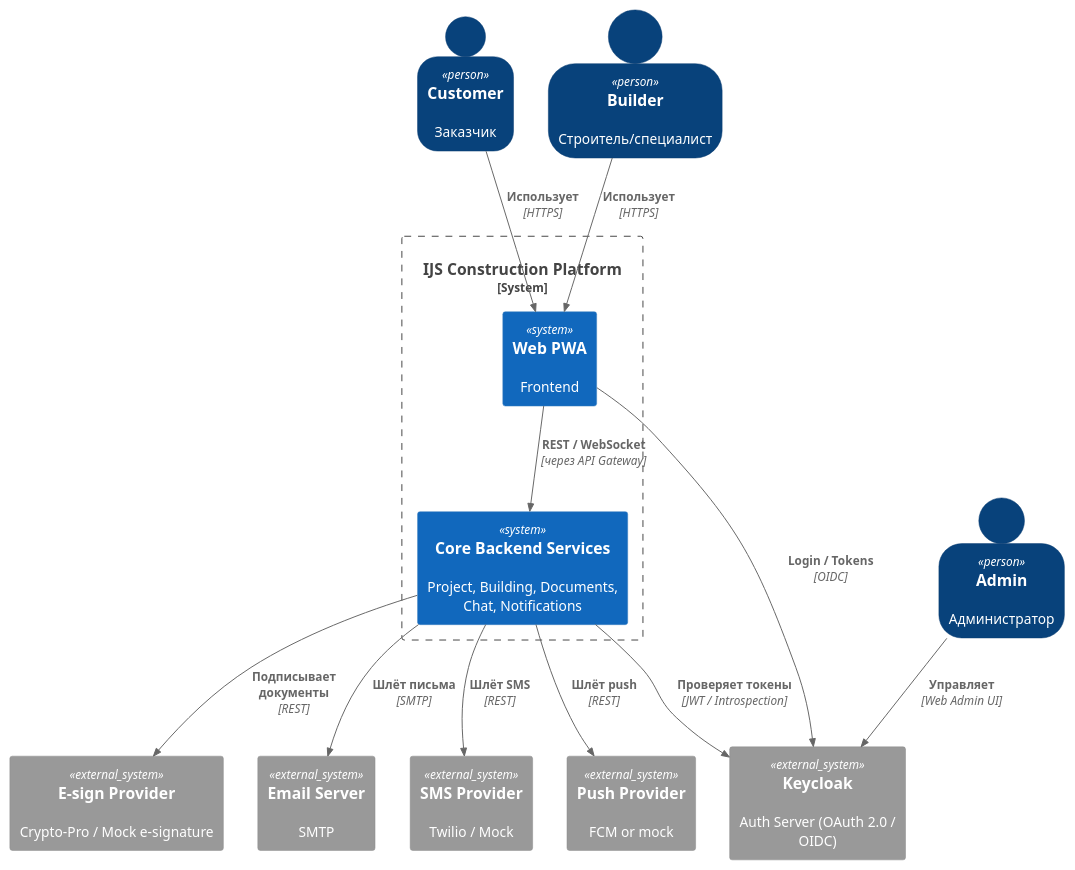
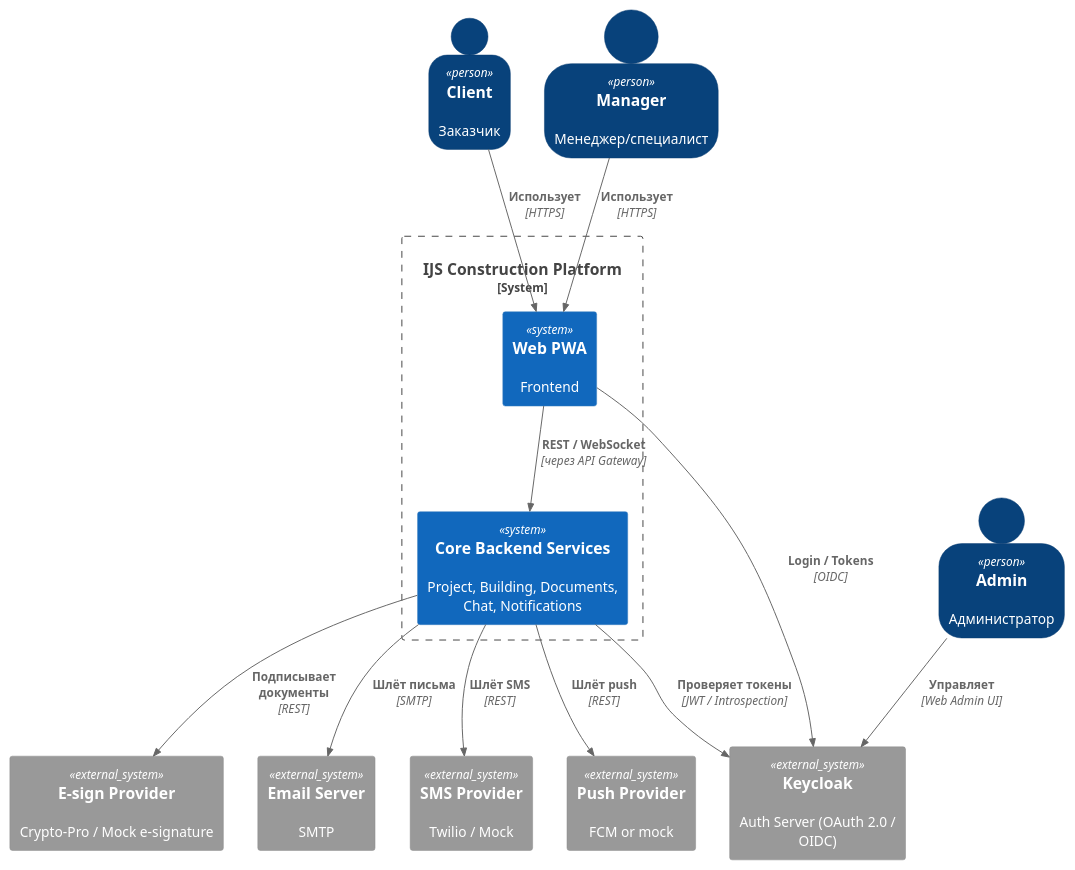
The diagram in docs/context.puml (dSofarts/domium), drawn with PlantUML before and after one commit. The commit also changed 88 other files, not shown here.

```diff
--- a/docs/context.puml
+++ b/docs/context.puml
@@ -1,34 +1,34 @@
 @startuml
 !include https://raw.githubusercontent.com/plantuml-stdlib/C4-PlantUML/master/C4_Component.puml
 
 SHOW_PERSON_OUTLINE()
 
-Person(customer, "Customer", "Заказчик")
-Person(builder, "Builder", "Строитель/специалист")
+Person(client, "Client", "Заказчик")
+Person(manager, "Manager", "Менеджер/специалист")
 Person(admin, "Admin", "Администратор")
 
 System_Boundary(sys, "IJS Construction Platform") {
   System(core, "Core Backend Services", "Project, Building, Documents, Chat, Notifications")
   System(frontend, "Web PWA", "Frontend")
 }
 
 System_Ext(keycloak, "Keycloak", "Auth Server (OAuth 2.0 / OIDC)")
 System_Ext(pay, "E-sign Provider", "Crypto-Pro / Mock e-signature")
 System_Ext(email, "Email Server", "SMTP")
 System_Ext(sms, "SMS Provider", "Twilio / Mock")
 System_Ext(push, "Push Provider", "FCM or mock")
 
-Rel(customer, frontend, "Использует", "HTTPS")
-Rel(builder, frontend, "Использует", "HTTPS")
+Rel(client, frontend, "Использует", "HTTPS")
+Rel(manager, frontend, "Использует", "HTTPS")
 Rel(admin, keycloak, "Управляет", "Web Admin UI")
 
 Rel(frontend, keycloak, "Login / Tokens", "OIDC")
 Rel(frontend, core, "REST / WebSocket", "через API Gateway")
 
 Rel(core, keycloak, "Проверяет токены", "JWT / Introspection")
 Rel(core, pay, "Подписывает документы", "REST")
 Rel(core, email, "Шлёт письма", "SMTP")
 Rel(core, sms, "Шлёт SMS", "REST")
 Rel(core, push, "Шлёт push", "REST")
 
 @enduml
```
